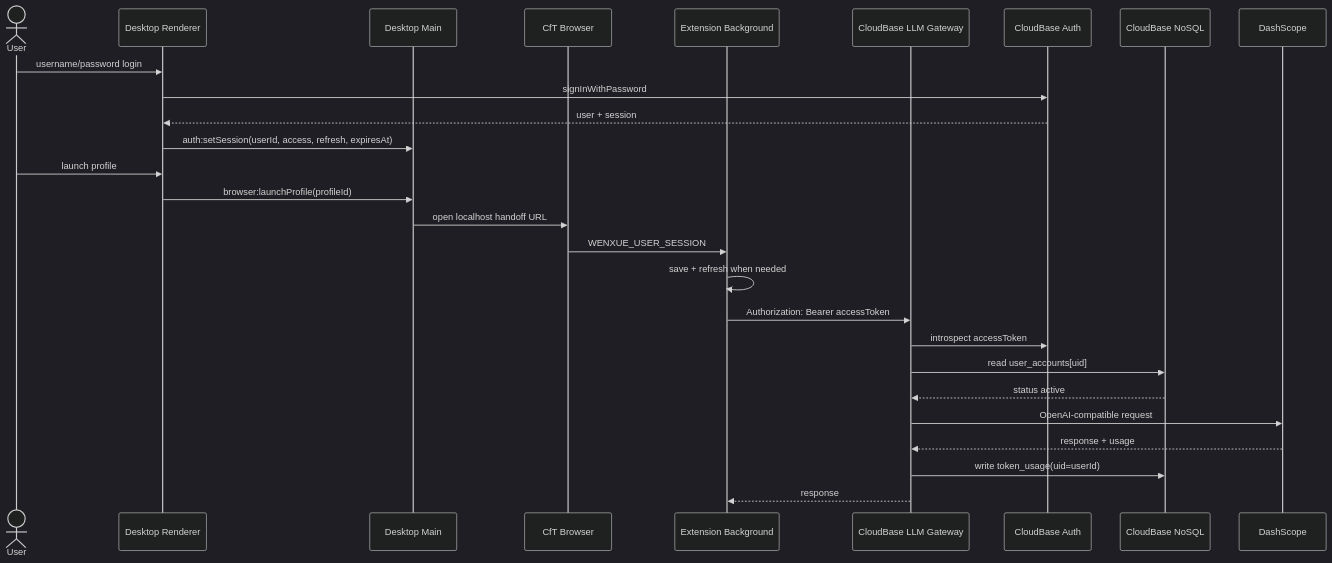
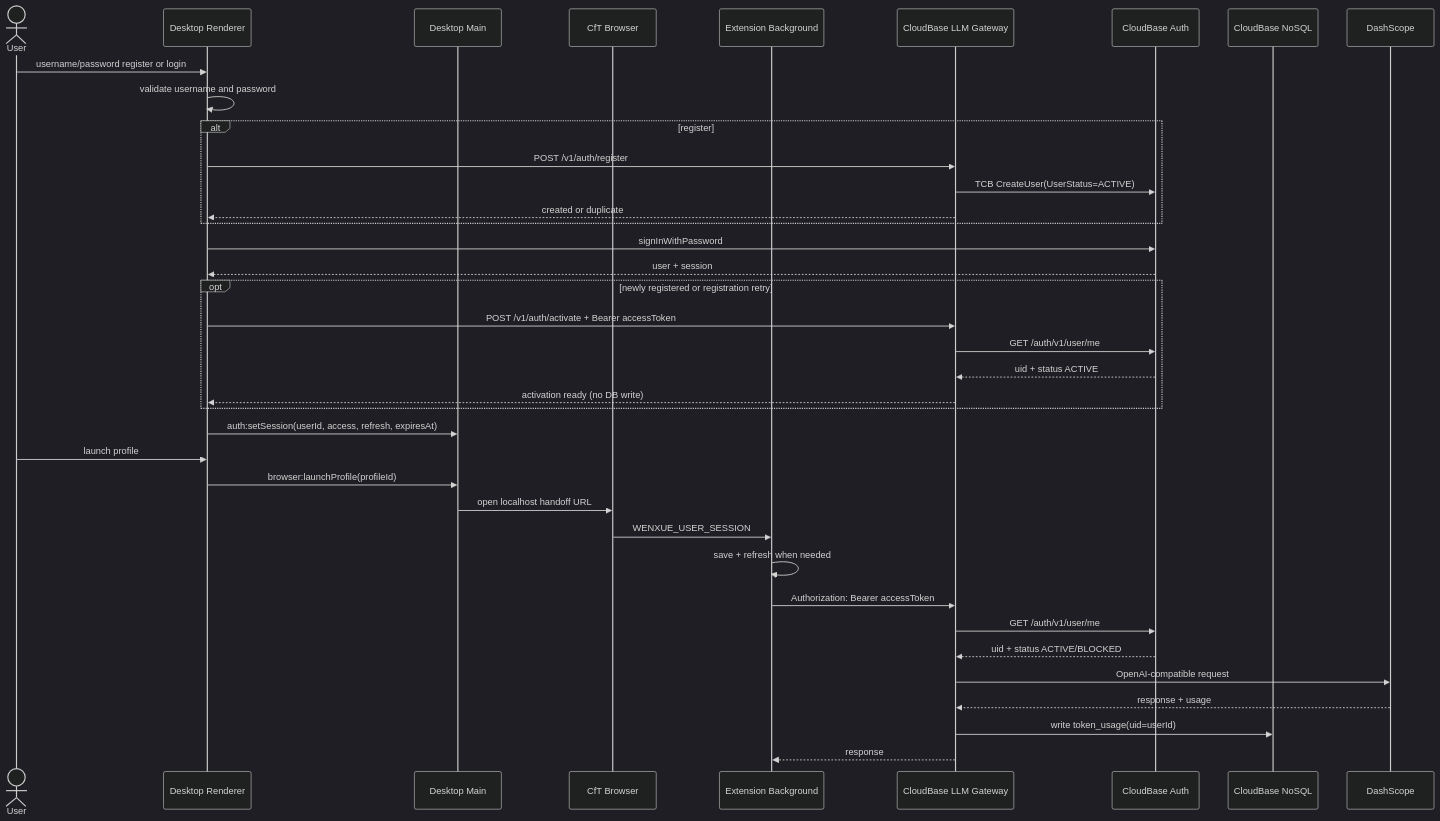
One commit to SmartSunruiyang/WenXue changed the diagram in .project.agents/docs/superpowers/specs/2026-07-02-user-session-auth-design.md. Above: the diagram before and after it, drawn with Mermaid (dark theme). The commit also changed other lines of this file and 18 other files, not shown here.

Commit message:
fix(infra): repair CloudBase auth session flow

````diff
--- a/.project.agents/docs/superpowers/specs/2026-07-02-user-session-auth-design.md
+++ b/.project.agents/docs/superpowers/specs/2026-07-02-user-session-auth-design.md
@@ -146,30 +148,41 @@
 ```mermaid
 sequenceDiagram
 	actor U as User
 	participant D as Desktop Renderer
 	participant M as Desktop Main
 	participant B as CfT Browser
 	participant E as Extension Background
 	participant G as CloudBase LLM Gateway
 	participant C as CloudBase Auth
 	participant DB as CloudBase NoSQL
 	participant Q as DashScope
 
-	U->>D: username/password login
+	U->>D: username/password register or login
+	D->>D: validate username and password
+	alt register
+		D->>G: POST /v1/auth/register
+		G->>C: TCB CreateUser(UserStatus=ACTIVE)
+		G-->>D: created or duplicate
+	end
 	D->>C: signInWithPassword
 	C-->>D: user + session
+	opt newly registered or registration retry
+		D->>G: POST /v1/auth/activate + Bearer accessToken
+		G->>C: GET /auth/v1/user/me
+		C-->>G: uid + status ACTIVE
+		G-->>D: activation ready (no DB write)
+	end
 	D->>M: auth:setSession(userId, access, refresh, expiresAt)
 	U->>D: launch profile
 	D->>M: browser:launchProfile(profileId)
 	M->>B: open localhost handoff URL
 	B->>E: WENXUE_USER_SESSION
 	E->>E: save + refresh when needed
 	E->>G: Authorization: Bearer accessToken
-	G->>C: introspect accessToken
-	G->>DB: read user_accounts[uid]
-	DB-->>G: status active
+	G->>C: GET /auth/v1/user/me
+	C-->>G: uid + status ACTIVE/BLOCKED
 	G->>Q: OpenAI-compatible request
 	Q-->>G: response + usage
 	G->>DB: write token_usage(uid=userId)
 	G-->>E: response
 ```
````
